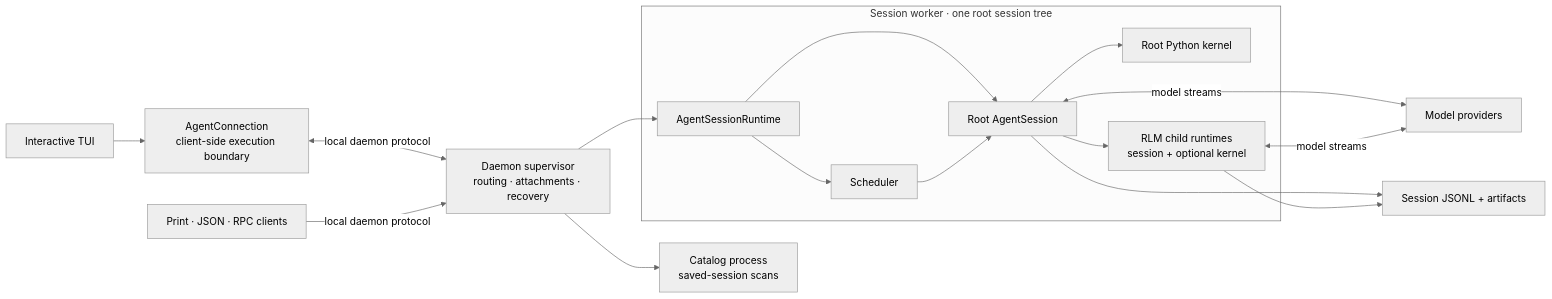
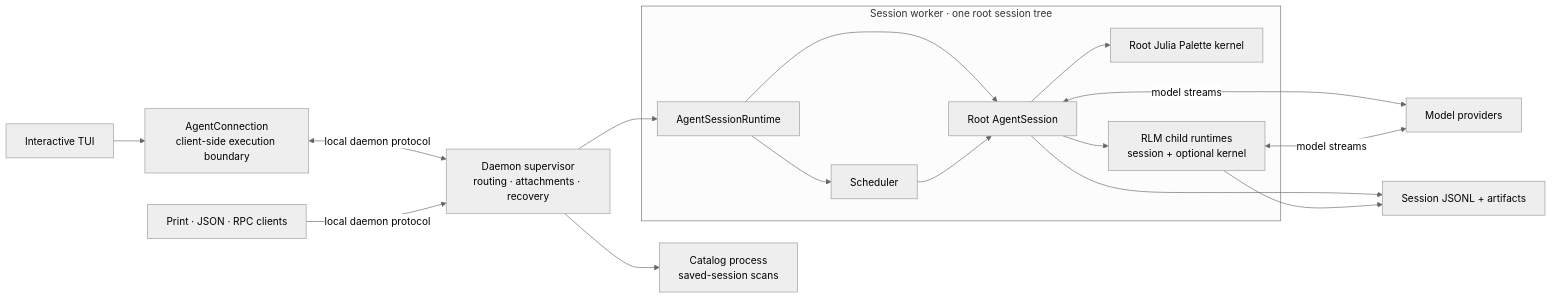
One commit to Orcein-Labs/Cyan changed the first of 2 diagrams in packages/coding-agent/docs/architecture.md. Above: the diagram before and after it, drawn with Mermaid (neutral theme). The commit also changed other lines of this file and 74 other files, not shown here.

````diff
--- a/packages/coding-agent/docs/architecture.md
+++ b/packages/coding-agent/docs/architecture.md
@@ -7,35 +7,35 @@
 ```mermaid
 flowchart LR
     interactive["Interactive TUI"]
     headless["Print · JSON · RPC clients"]
     connection["AgentConnection<br/>client-side execution boundary"]
     supervisor["Daemon supervisor<br/>routing · attachments · recovery"]
     catalog["Catalog process<br/>saved-session scans"]
 
     subgraph worker["Session worker · one root session tree"]
         runtime["AgentSessionRuntime"]
         root["Root AgentSession"]
         scheduler["Scheduler"]
-        kernel["Root Python kernel"]
+        kernel["Root Julia Palette kernel"]
         children["RLM child runtimes<br/>session + optional kernel"]
 
         runtime --> root
         runtime --> scheduler
         root --> kernel
         root --> children
         scheduler --> root
     end
 
     providers["Model providers"]
     storage["Session JSONL + artifacts"]
 
     interactive --> connection
     connection <-->|"local daemon protocol"| supervisor
     headless -->|"local daemon protocol"| supervisor
     supervisor --> catalog
     supervisor --> runtime
     root <-->|"model streams"| providers
     children <-->|"model streams"| providers
     root --> storage
     children --> storage
 ```
````
